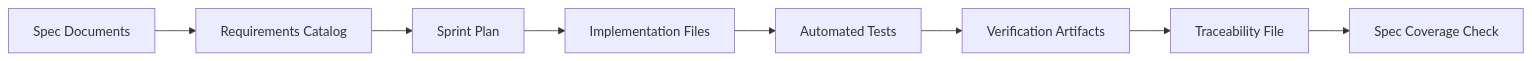
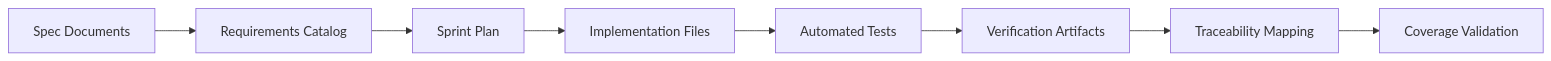
One commit to jaytaylor/attractor-tcl changed the fourth of 5 diagrams in docs/sprints/SPRINT-003-close-spec-parity-tcl.md. Above: the diagram before and after it, drawn with Mermaid. The commit also changed other lines of this file, not shown here.

Commit message:
docs: rewrite sprint 003 close-spec as implementation plan

````diff
--- a/docs/sprints/SPRINT-003-close-spec-parity-tcl.md
+++ b/docs/sprints/SPRINT-003-close-spec-parity-tcl.md
@@ -1036,10 +489,10 @@
 ```mermaid
 flowchart LR
   SPEC[Spec Documents] --> CATALOG[Requirements Catalog]
   CATALOG --> PLAN[Sprint Plan]
   PLAN --> CODE[Implementation Files]
   CODE --> TESTS[Automated Tests]
   TESTS --> EVIDENCE[Verification Artifacts]
-  EVIDENCE --> TRACE[Traceability File]
-  TRACE --> COVERAGE[Spec Coverage Check]
+  EVIDENCE --> TRACE[Traceability Mapping]
+  TRACE --> COVERAGE[Coverage Validation]
 ```
````
